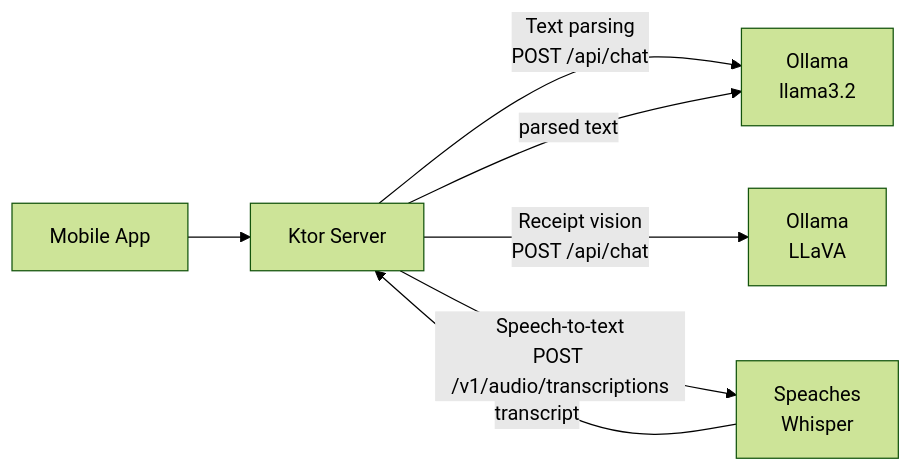
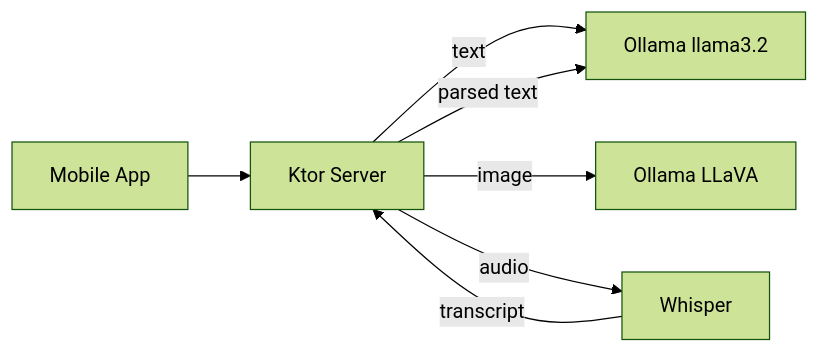
One commit to LStudioO/skilky-money-tracker changed the fifth of 9 diagrams in docs/architecture.md. Above: the diagram before and after it, drawn with Mermaid (forest theme). The commit also changed other lines of this file and 58 other files, not shown here.

````diff
--- a/docs/architecture.md
+++ b/docs/architecture.md
@@ -247,10 +252,10 @@
 ```mermaid
 flowchart LR
     CLIENT[Mobile App] --> KTOR[Ktor Server]
-    KTOR --> |"Text parsing<br/>POST /api/chat"| OLLAMA[Ollama<br/>llama3.2]
-    KTOR --> |"Receipt vision<br/>POST /api/chat"| OLLAMA_V[Ollama<br/>LLaVA]
-    KTOR --> |"Speech-to-text<br/>POST /v1/audio/transcriptions"| WHISPER[Speaches<br/>Whisper]
+    KTOR -->|text| OLLAMA[Ollama llama3.2]
+    KTOR -->|image| OLLAMA_V[Ollama LLaVA]
+    KTOR -->|audio| WHISPER[Whisper]
 
-    WHISPER --> |transcript| KTOR
-    KTOR --> |parsed text| OLLAMA
+    WHISPER -->|transcript| KTOR
+    KTOR -->|parsed text| OLLAMA
 ```
````
